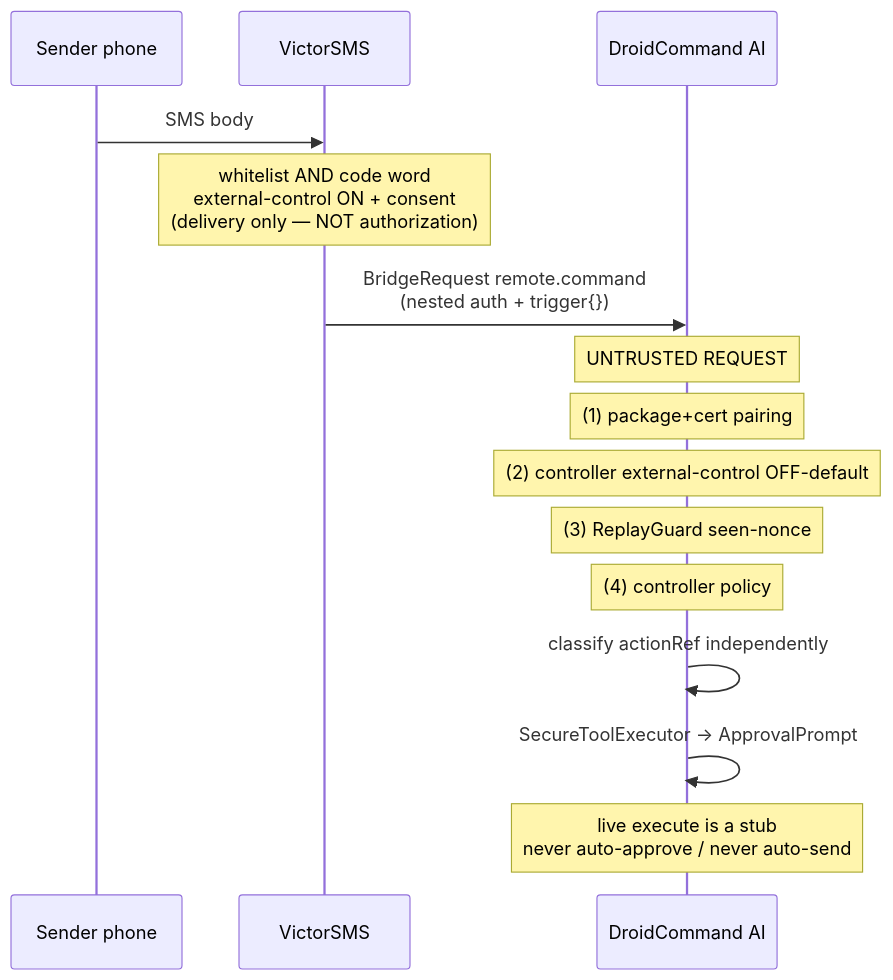
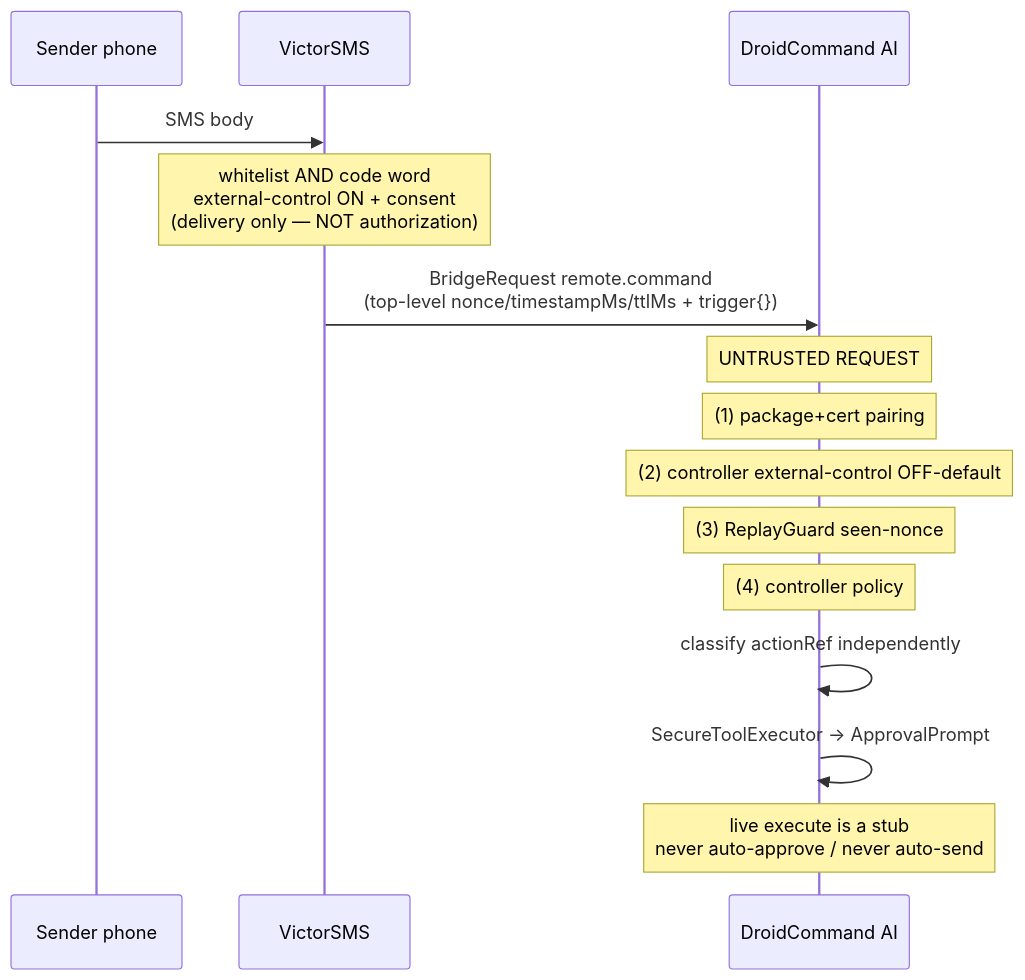
One commit to Victorious93/droidcommand-AI changed the first of 2 diagrams in docs/specs/REMOTE_CONTROL.md. Above: the diagram before and after it, drawn with Mermaid. The commit also changed other lines of this file and 23 other files, not shown here.

First line of the commit message:
fix(core-remotecontrol): freeze envelope as top-level fields

````diff
--- a/docs/specs/REMOTE_CONTROL.md
+++ b/docs/specs/REMOTE_CONTROL.md
@@ -230,17 +231,17 @@
 ```mermaid
 sequenceDiagram
     participant Phone as Sender phone
     participant VS as VictorSMS
     participant DCA as DroidCommand AI
     Phone->>VS: SMS body
     Note over VS: whitelist AND code word<br/>external-control ON + consent<br/>(delivery only — NOT authorization)
-    VS->>DCA: BridgeRequest remote.command<br/>(nested auth + trigger{})
+    VS->>DCA: BridgeRequest remote.command<br/>(top-level nonce/timestampMs/ttlMs + trigger{})
     Note over DCA: UNTRUSTED REQUEST
     Note over DCA: (1) package+cert pairing
     Note over DCA: (2) controller external-control OFF-default
     Note over DCA: (3) ReplayGuard seen-nonce
     Note over DCA: (4) controller policy
     DCA->>DCA: classify actionRef independently
     DCA->>DCA: SecureToolExecutor → ApprovalPrompt
     Note over DCA: live execute is a stub<br/>never auto-approve / never auto-send
 ```
````
